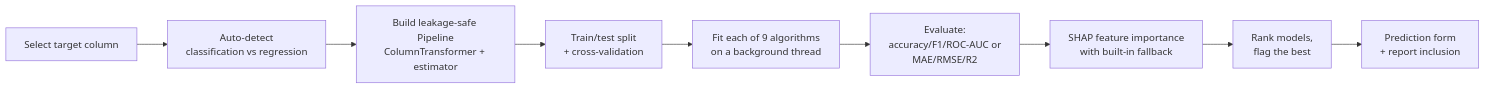
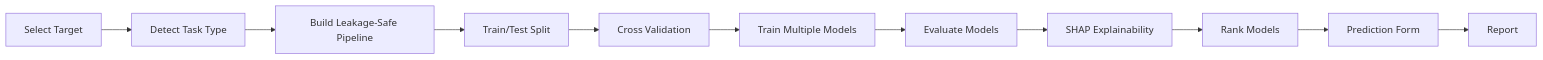
One commit to abaid6790/Ai-Business-Analytics changed the third of 3 diagrams in README.md. Above: the diagram before and after it, drawn with Mermaid. The commit also changed other lines of this file and 18 other files, not shown here.

````diff
--- a/README.md
+++ b/README.md
@@ -167,11 +851,23 @@
 ```mermaid
 flowchart LR
-    A[Select target column] --> B[Auto-detect<br/>classification vs regression]
-    B --> C[Build leakage-safe Pipeline<br/>ColumnTransformer + estimator]
-    C --> D[Train/test split<br/>+ cross-validation]
-    D --> E[Fit each of 9 algorithms<br/>on a background thread]
-    E --> F[Evaluate:<br/>accuracy/F1/ROC-AUC or<br/>MAE/RMSE/R2]
-    F --> G[SHAP feature importance<br/>with built-in fallback]
-    G --> H[Rank models,<br/>flag the best]
-    H --> I[Prediction form<br/>+ report inclusion]
+
+    A["Select Target"] --> B["Detect Task Type"]
+
+    B --> C["Build Leakage-Safe Pipeline"]
+
+    C --> D["Train/Test Split"]
+
+    D --> E["Cross Validation"]
+
+    E --> F["Train Multiple Models"]
+
+    F --> G["Evaluate Models"]
+
+    G --> H["SHAP Explainability"]
+
+    H --> I["Rank Models"]
+
+    I --> J["Prediction Form"]
+
+    J --> K["Report"]
 ```
````
